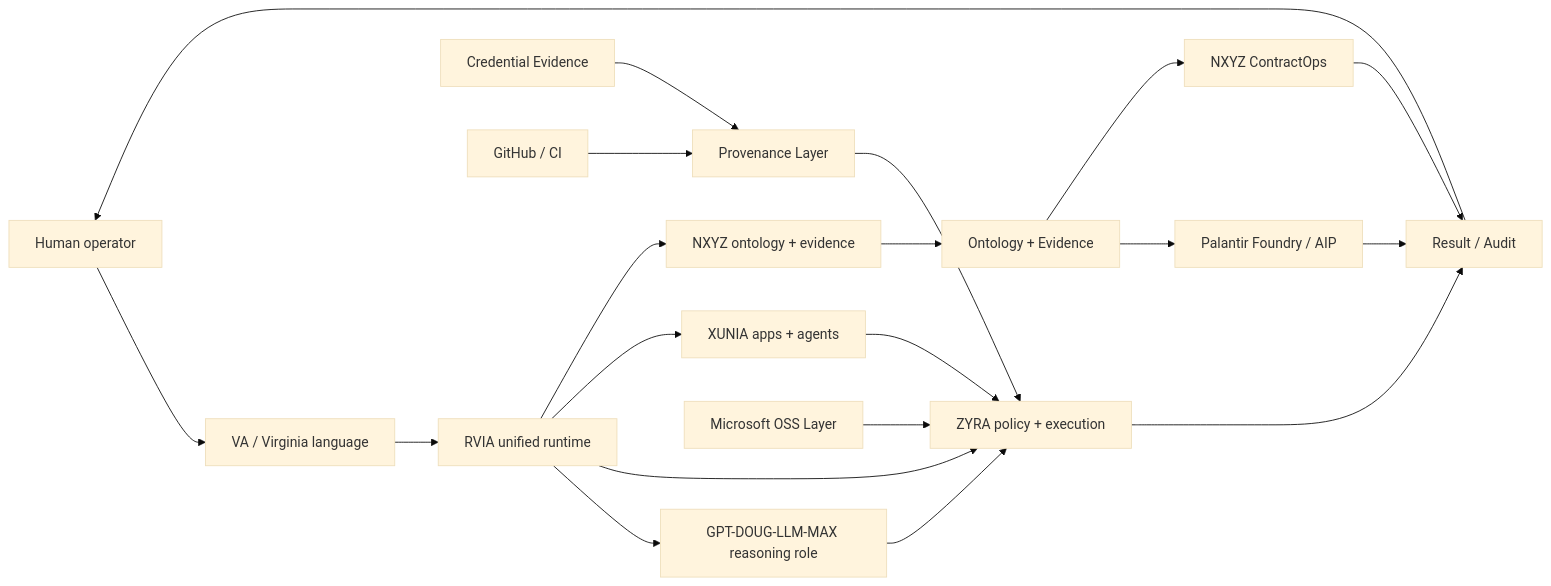
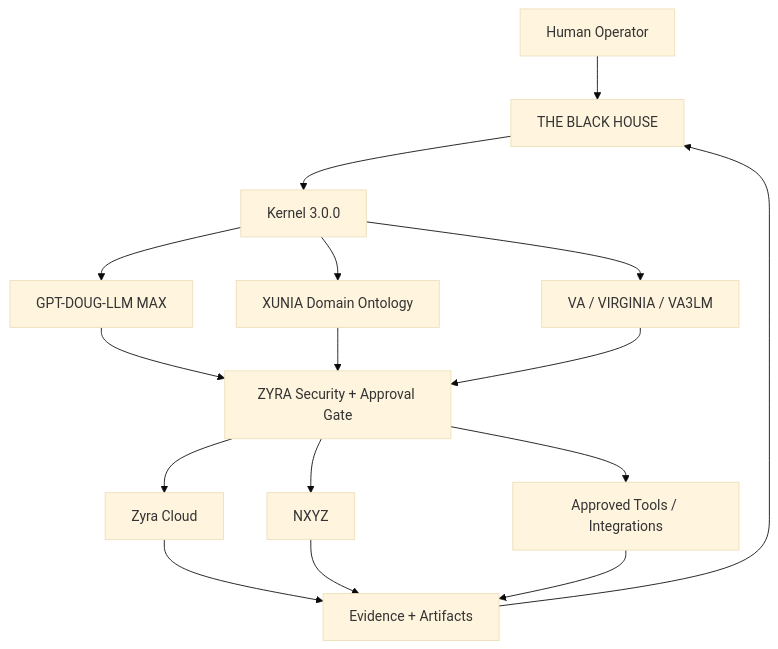
One commit to sonoxo/zyra changed the diagram in README.md. Above: the diagram before and after it, drawn with Mermaid (base theme). The commit also changed other lines of this file, not shown here.

Commit message:
docs(zyra): rebuild README around Black House kernel v3 and Zyra Cloud

````diff
--- a/README.md
+++ b/README.md
@@ -174,22 +124,18 @@
 ```mermaid
-flowchart LR
-    H[Human operator] --> VA[VA / Virginia language]
-    VA --> RVIA[RVIA unified runtime]
-    RVIA --> D[GPT-DOUG-LLM-MAX reasoning role]
-    RVIA --> Z[ZYRA policy + execution]
-    RVIA --> X[XUNIA apps + agents]
-    RVIA --> N[NXYZ ontology + evidence]
-    C[Credential Evidence] --> P[Provenance Layer]
-    G[GitHub / CI] --> P
-    M[Microsoft OSS Layer] --> Z
-    P --> Z
-    N --> O[Ontology + Evidence]
-    O --> F[Palantir Foundry / AIP]
-    O --> CO[NXYZ ContractOps]
-    D --> Z
+flowchart TD
+    H[Human Operator] --> B[THE BLACK HOUSE]
+    B --> K[Kernel 3.0.0]
+    K --> D[GPT-DOUG-LLM MAX]
+    K --> X[XUNIA Domain Ontology]
+    K --> V[VA / VIRGINIA / VA3LM]
+    D --> Z[ZYRA Security + Approval Gate]
     X --> Z
-    F --> R[Result / Audit]
-    CO --> R
-    Z --> R
-    R --> H
+    V --> Z
+    Z --> C[Zyra Cloud]
+    Z --> N[NXYZ]
+    Z --> T[Approved Tools / Integrations]
+    C --> E[Evidence + Artifacts]
+    N --> E
+    T --> E
+    E --> B
 ```
````
